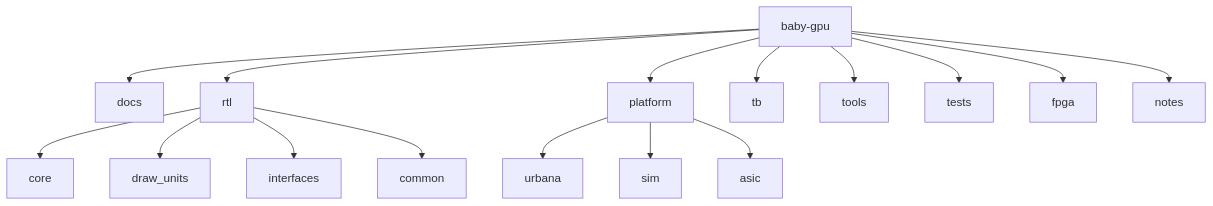
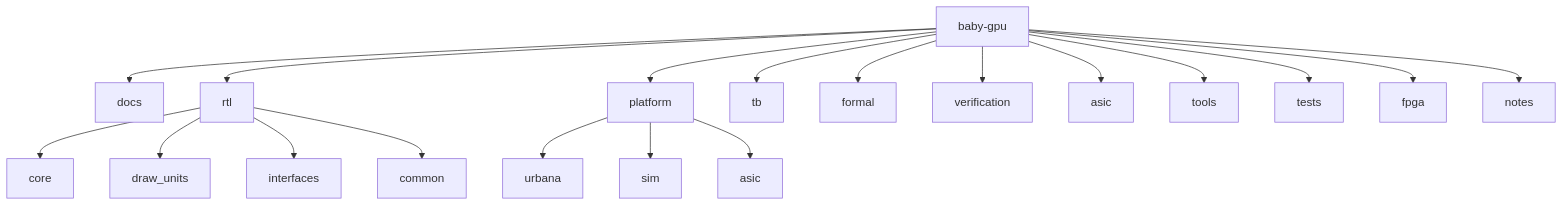
The diagram in docs/repository_structure.md (amanpdesai/baby-gpu), drawn with Mermaid before and after one commit. The commit also changed other lines of this file and 26 other files, not shown here.

Commit message:
docs: add formal and ASIC signoff plan

````diff
--- a/docs/repository_structure.md
+++ b/docs/repository_structure.md
@@ -21,20 +24,23 @@
 ```mermaid
 flowchart TB
   Repo[baby-gpu] --> Docs[docs]
   Repo --> RTL[rtl]
   Repo --> Platform[platform]
   Repo --> TB[tb]
+  Repo --> Formal[formal]
+  Repo --> Verification[verification]
+  Repo --> ASICFlow[asic]
   Repo --> Tools[tools]
   Repo --> Tests[tests]
   Repo --> FPGA[fpga]
   Repo --> Notes[notes]
 
   RTL --> Core[core]
   RTL --> Draw[draw_units]
   RTL --> Ifaces[interfaces]
   RTL --> Common[common]
 
   Platform --> Urbana[urbana]
   Platform --> Sim[sim]
   Platform --> ASIC[asic]
 ```
````
